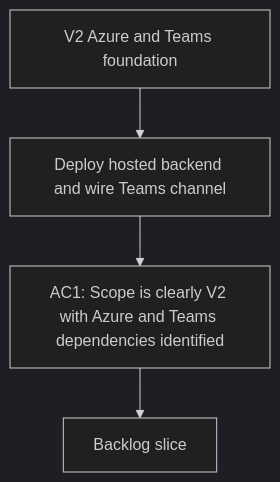
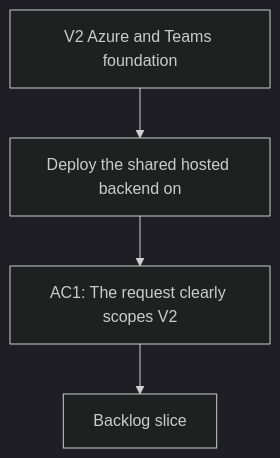
The diagram in logics/request/req_002_v2_azure_and_teams_foundation.md (AlexAgo83/deepvault), drawn with Mermaid (dark theme) before and after one commit. The commit also changed 28 other files, not shown here.

````diff
--- a/logics/request/req_002_v2_azure_and_teams_foundation.md
+++ b/logics/request/req_002_v2_azure_and_teams_foundation.md
@@ -28,8 +28,8 @@
 ```mermaid
 %% logics-kind: request
 %% logics-signature: request|v2-azure-and-teams-foundation|deploy-the-shared-hosted-backend-on|ac1-the-request-clearly-scopes-v2
 flowchart TD
-    Trigger[V2 Azure and Teams foundation] --> Need[Deploy hosted backend and wire Teams channel]
-    Need --> Outcome[AC1: Scope is clearly V2 with Azure and Teams dependencies identified]
+    Trigger[V2 Azure and Teams foundation] --> Need[Deploy the shared hosted backend on]
+    Need --> Outcome[AC1: The request clearly scopes V2]
     Outcome --> Backlog[Backlog slice]
 ```
````
